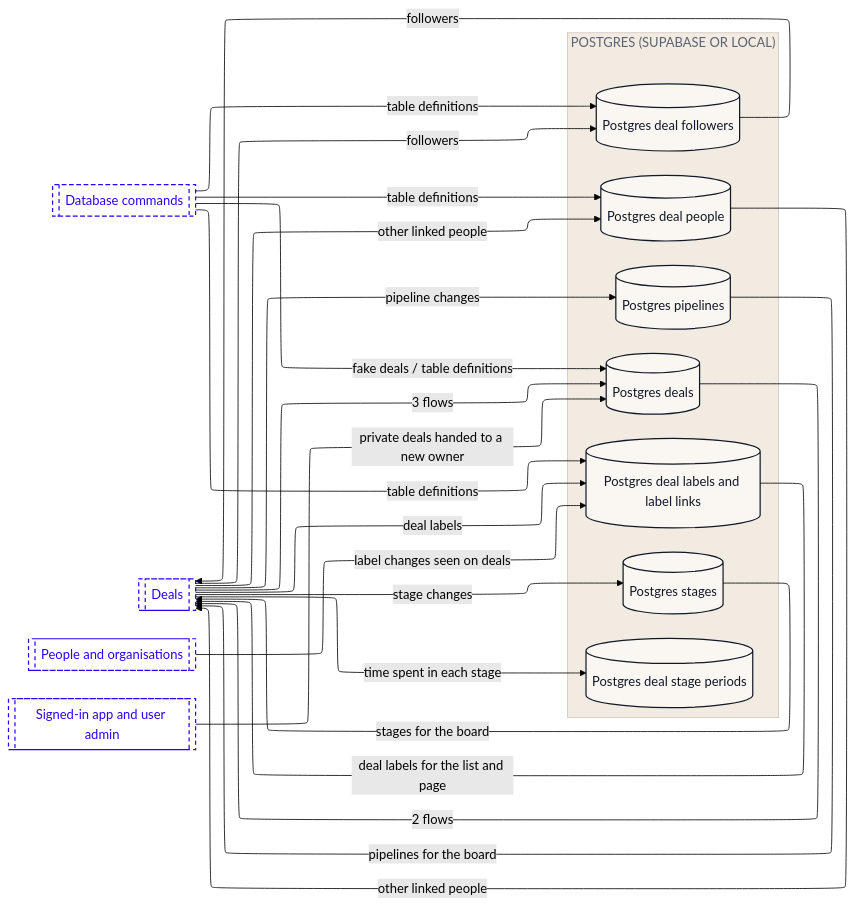
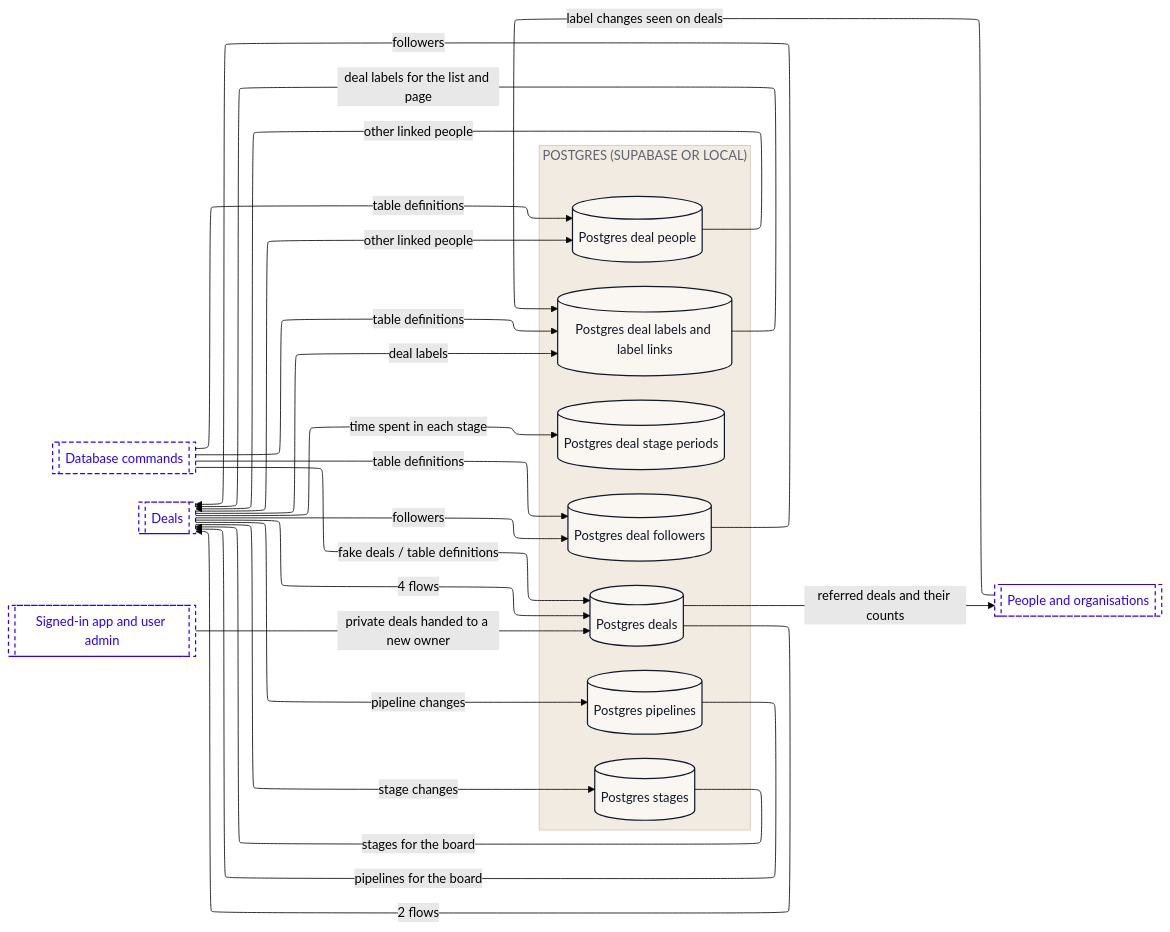
Before and after one commit to Romain-Perche/Barnacle-Pipe: the sixth of 10 diagrams in dataflow/DATAFLOW.md, drawn with Mermaid (forest theme). The commit also changed other lines of this file and 14 other files, not shown here.

````diff
--- a/dataflow/DATAFLOW.md
+++ b/dataflow/DATAFLOW.md
@@ -293,48 +294,49 @@
 ```mermaid
 ---
 config:
   layout: elk
 ---
 flowchart LR
     subgraph z1["POSTGRES (SUPABASE OR LOCAL)"]
         n1[("Postgres deal followers")]
         n2[("Postgres deal labels and label links")]
         n3[("Postgres deal people")]
         n4[("Postgres deal stage periods")]
         n5[("Postgres deals")]
         n6[("Postgres pipelines")]
         n7[("Postgres stages")]
     end
     n8[["Database commands"]]
     n9[["Deals"]]
     n10[["People and organisations"]]
     n11[["Signed-in app and user admin"]]
     n10 -->|"label changes seen on deals"| n2
     n1 -->|"followers"| n9
     n2 -->|"deal labels for the list and page"| n9
     n3 -->|"other linked people"| n9
     n9 -->|"followers"| n1
     n9 -->|"deal labels"| n2
     n9 -->|"other linked people"| n3
     n9 -->|"time spent in each stage"| n4
-    n9 -->|"3 flows"| n5
+    n9 -->|"4 flows"| n5
+    n5 -->|"referred deals and their counts"| n10
     n5 -->|"2 flows"| n9
     n8 -->|"table definitions"| n1
     n8 -->|"table definitions"| n2
     n8 -->|"table definitions"| n3
     n8 -->|"fake deals / table definitions"| n5
     n9 -->|"pipeline changes"| n6
     n9 -->|"stage changes"| n7
     n6 -->|"pipelines for the board"| n9
     n7 -->|"stages for the board"| n9
     n11 -->|"private deals handed to a new owner"| n5
     classDef actor fill:#FFFFFF,stroke:#111827,stroke-width:1px,color:#111827
     classDef process fill:#EDEAFF,stroke:#2B00FF,stroke-width:1.5px,color:#111827
     classDef store fill:#FAF6F1,stroke:#111827,stroke-width:1.5px,color:#111827
     classDef zone fill:#1A1A1A,stroke:#1A1A1A,color:#FFFFFF
     classDef group fill:#2B00FF,stroke:#2B00FF,color:#FFFFFF
     classDef stub fill:#FFFFFF,stroke:#2B00FF,stroke-width:1.5px,stroke-dasharray:5 4,color:#2B00FF
     class n1,n2,n3,n4,n5,n6,n7 store
     class n8,n9,n10,n11 stub
     style z1 fill:#F1EBE2,stroke:#CFC7BB,color:#5D6270
 ```
````
